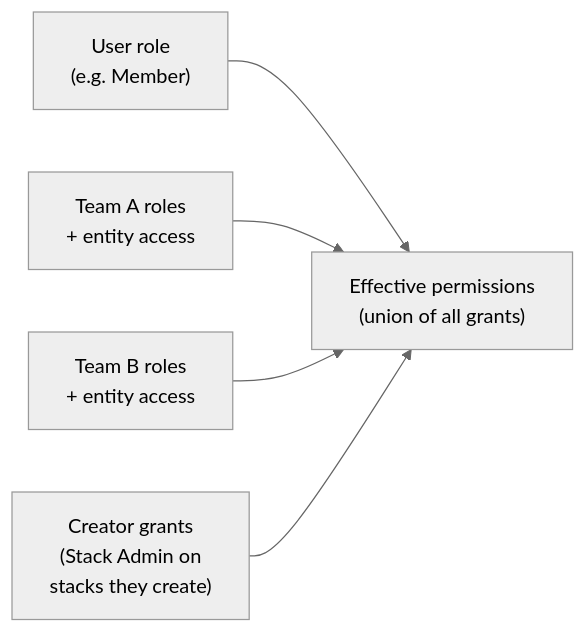
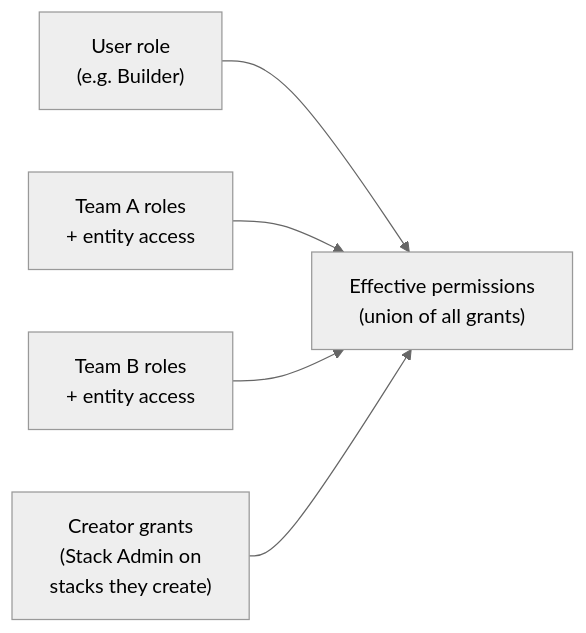
Before and after one commit to pulumi/docs: the diagram in content/docs/administration/concepts/rbac/_index.md, drawn with Mermaid (neutral theme). The commit also changed other lines of this file and 9 other files, not shown here.

````diff
--- a/content/docs/administration/concepts/rbac/_index.md
+++ b/content/docs/administration/concepts/rbac/_index.md
@@ -50,7 +50,7 @@
 ```mermaid
 flowchart LR
-    UR["User role<br/>(e.g. Member)"] --> EFF["Effective permissions<br/>(union of all grants)"]
+    UR["User role<br/>(e.g. Builder)"] --> EFF["Effective permissions<br/>(union of all grants)"]
     TA["Team A roles<br/>+ entity access"] --> EFF
     TB["Team B roles<br/>+ entity access"] --> EFF
     CG["Creator grants<br/>(Stack Admin on<br/>stacks they create)"] --> EFF
 ```
````
